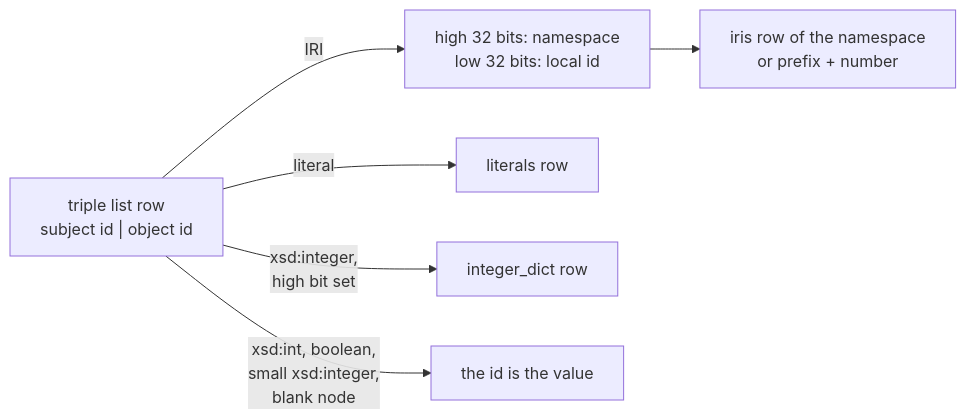
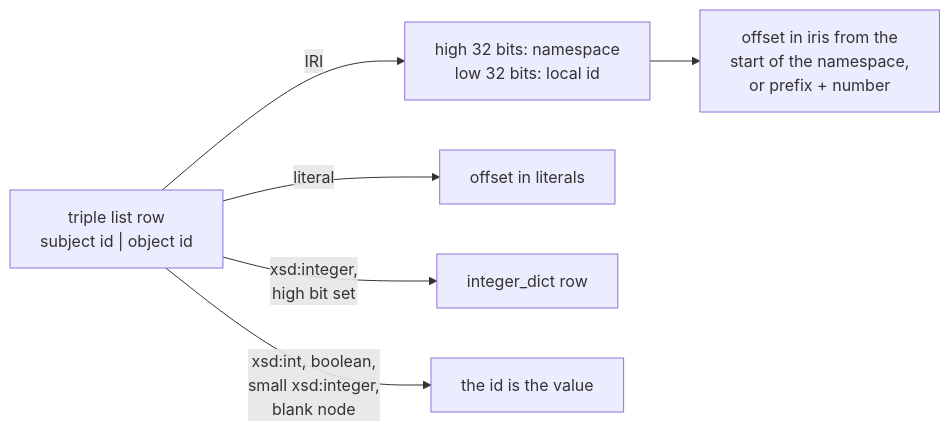
One commit to JervenBolleman/sparql-readonly changed the third of 5 diagrams in docs/storage.md. Above: the diagram before and after it, drawn with Mermaid. The commit also changed other lines of this file and 11 other files, not shown here.

````diff
--- a/docs/storage.md
+++ b/docs/storage.md
@@ -150,9 +167,9 @@
 ```mermaid
 flowchart LR
     row["triple list row<br/>subject id | object id"]
     row -->|IRI| split["high 32 bits: namespace<br/>low 32 bits: local id"]
-    split --> nsfile["iris row of the namespace<br/>or prefix + number"]
-    row -->|literal| lit["literals row"]
+    split --> nsfile["offset in iris from the<br/>start of the namespace,<br/>or prefix + number"]
+    row -->|literal| lit["offset in literals"]
     row -->|"xsd:integer,<br/>high bit set"| big["integer_dict row"]
     row -->|"xsd:int, boolean,<br/>small xsd:integer,<br/>blank node"| self["the id is the value"]
 ```
````
